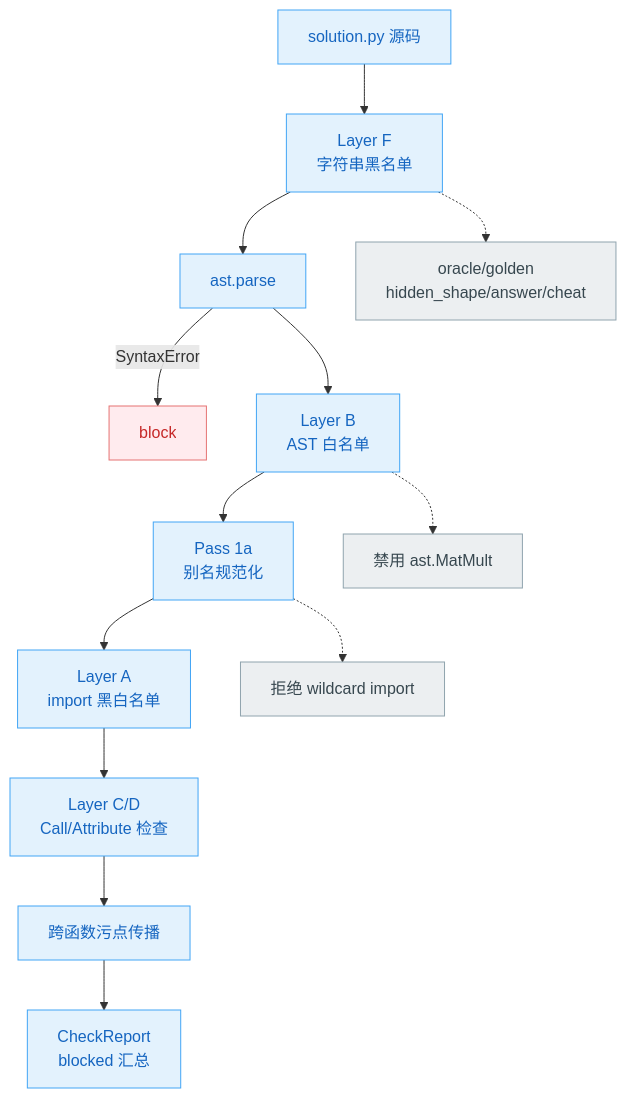
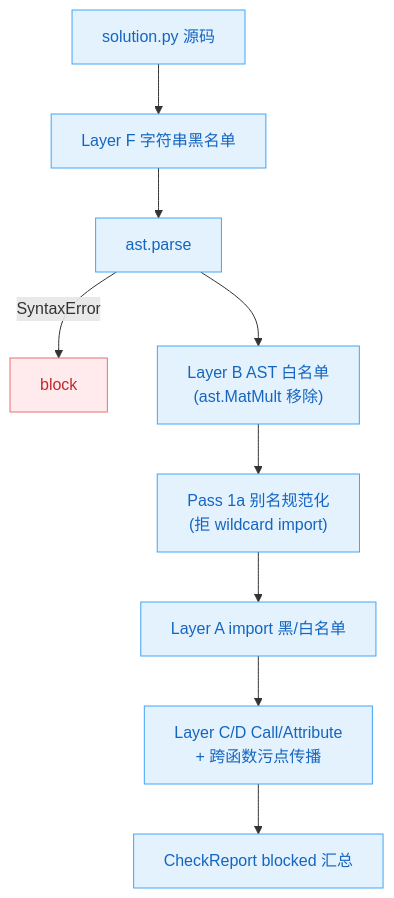
The sixth of 10 diagrams in docs/DESIGN.md (Gxj230958/TritonAscendBench), drawn with Mermaid before and after one commit. The commit also changed other lines of this file and 11 other files, not shown here.

First line of the commit message:
docs: finalize two-objective Roofline design spec and architecture docs

````diff
--- a/docs/DESIGN.md
+++ b/docs/DESIGN.md
@@ -391,21 +473,15 @@
 ```mermaid
 flowchart TB
-    SRC["solution.py 源码"] --> F["Layer F<br/>字符串黑名单"]
+    SRC["solution.py 源码"] --> F["Layer F 字符串黑名单"]
     F --> P["ast.parse"]
-    P -->|"SyntaxError"| BLK["block"]
-    P --> B["Layer B<br/>AST 白名单"]
-    B --> A1["Pass 1a<br/>别名规范化"]
-    A1 --> A["Layer A<br/>import 黑白名单"]
-    A --> CD["Layer C/D<br/>Call/Attribute 检查"]
-    CD --> TAINT["跨函数污点传播"]
-    TAINT --> REP["CheckReport<br/>blocked 汇总"]
-    F -.-> KW["oracle/golden<br/>hidden_shape/answer/cheat"]
-    B -.-> MM["禁用 ast.MatMult"]
-    A1 -.-> WI["拒绝 wildcard import"]
-    classDef check fill:#E3F2FD,stroke:#42A5F5,color:#1565C0;
-    classDef block fill:#FFEBEE,stroke:#E57373,color:#C62828;
-    classDef note fill:#ECEFF1,stroke:#90A4AE,color:#37474F;
-    class SRC,F,P,B,A1,A,CD,TAINT,REP check;
-    class BLK block;
-    class KW,MM,WI note;
+    P -->|SyntaxError| BLK["block"]
+    P --> B["Layer B AST 白名单<br/>(ast.MatMult 移除)"]
+    B --> A1["Pass 1a 别名规范化<br/>(拒 wildcard import)"]
+    A1 --> A["Layer A import 黑/白名单"]
+    A --> CD["Layer C/D Call/Attribute<br/>+ 跨函数污点传播"]
+    CD --> REP["CheckReport blocked 汇总"]
+    classDef ck fill:#E3F2FD,stroke:#42A5F5,color:#1565C0;
+    classDef bad fill:#FFEBEE,stroke:#E57373,color:#C62828;
+    class SRC,F,P,B,A1,A,CD,REP ck;
+    class BLK bad;
 ```
````
